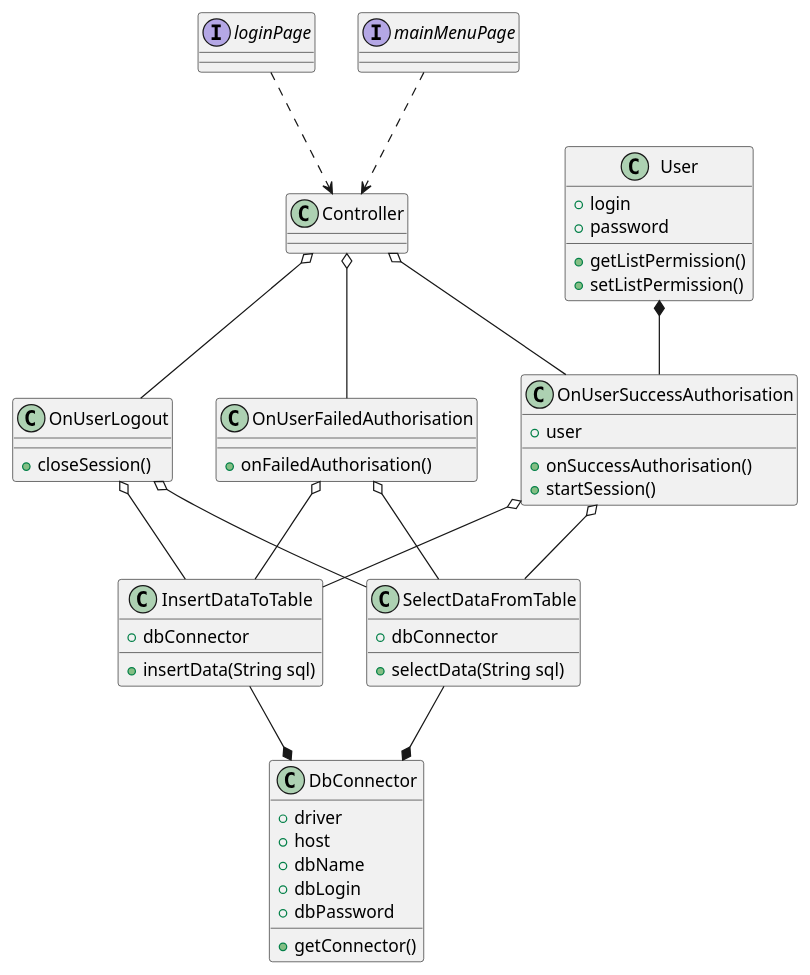
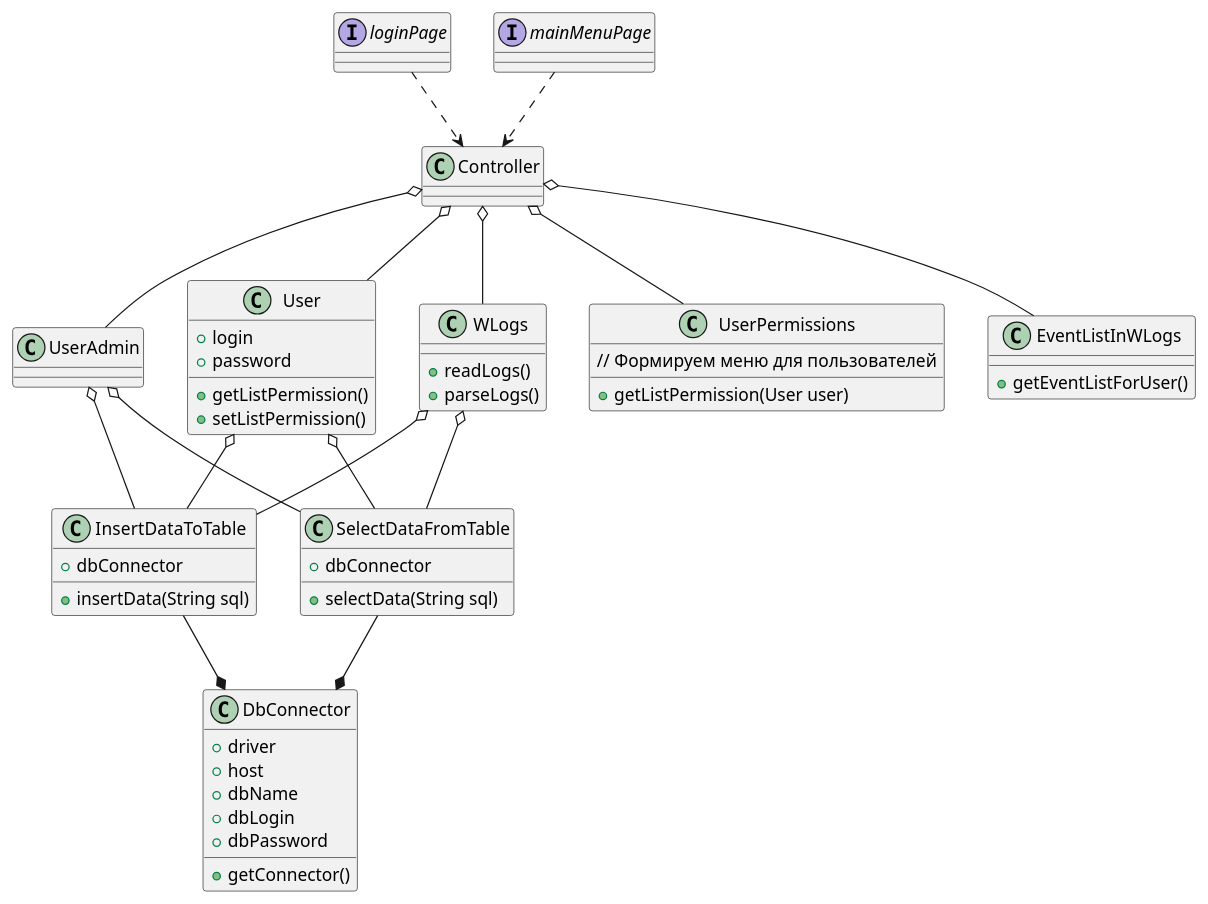
Before and after one commit to khasang-incubator/JavaWeb20160124-Team1: the diagram in STS/wlogs/project.puml, drawn with PlantUML. The commit also changed 1 other file, not shown here.

Commit message:
project uml new

```diff
--- a/STS/wlogs/project.puml
+++ b/STS/wlogs/project.puml
@@ -1,75 +1,80 @@
 @startuml
 
 class Controller{
 
 }
 
 interface loginPage{
 
 }
 
 interface mainMenuPage{
 
 }
 
 class DbConnector{
     + driver
     + host
     + dbName
     + dbLogin
     + dbPassword
 
     + getConnector()
 }
 
 class InsertDataToTable{
     + dbConnector
     + insertData(String sql)
 }
 
 class SelectDataFromTable{
     + dbConnector
     + selectData(String sql)
 }
 
-class OnUserFailedAuthorisation{
-    + onFailedAuthorisation()
-}
+class UserAdmin{
 
-class OnUserLogout{
-    + closeSession()
-}
-
-class OnUserSuccessAuthorisation{
-    + user
-    + onSuccessAuthorisation()
-    + startSession()
 }
 
 class User{
     + login
     + password
     + getListPermission()
     + setListPermission()
 }
 
+class WLogs{
+    + readLogs()
+    + parseLogs()
+}
+
+class UserPermissions {
+    // Формируем меню для пользователей
+    + getListPermission(User user)
+}
+
+class EventListInWLogs {
+    + getEventListForUser()
+}
 
 InsertDataToTable --* DbConnector
 SelectDataFromTable --* DbConnector
 loginPage ..> Controller
 mainMenuPage ..> Controller
 
-Controller o-- OnUserFailedAuthorisation
-OnUserFailedAuthorisation o-- InsertDataToTable
-OnUserFailedAuthorisation o-- SelectDataFromTable
+Controller o-- UserAdmin
+UserAdmin o-- InsertDataToTable
+UserAdmin o-- SelectDataFromTable
 
-Controller o-- OnUserSuccessAuthorisation
-OnUserSuccessAuthorisation o-- InsertDataToTable
-OnUserSuccessAuthorisation o-- SelectDataFromTable
+Controller o-- User
+User o-- InsertDataToTable
+User o-- SelectDataFromTable
 
-Controller o-- OnUserLogout
-OnUserLogout o-- InsertDataToTable
-OnUserLogout o-- SelectDataFromTable
+Controller o-- WLogs
+Controller o-- UserPermissions
+Controller o-- EventListInWLogs
 
-User *-- OnUserSuccessAuthorisation
+WLogs o-- InsertDataToTable
+WLogs o-- SelectDataFromTable
+
 @enduml
```
